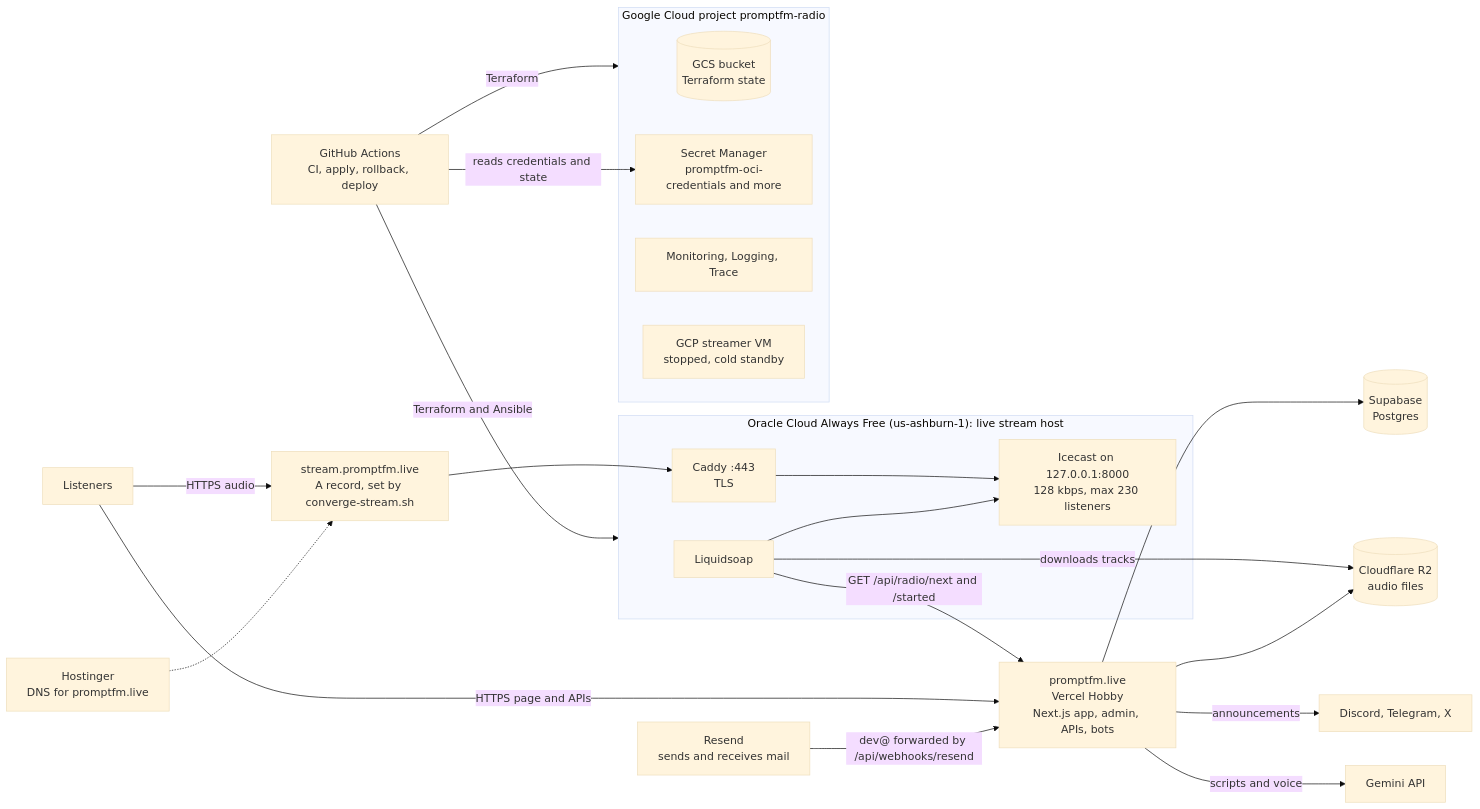
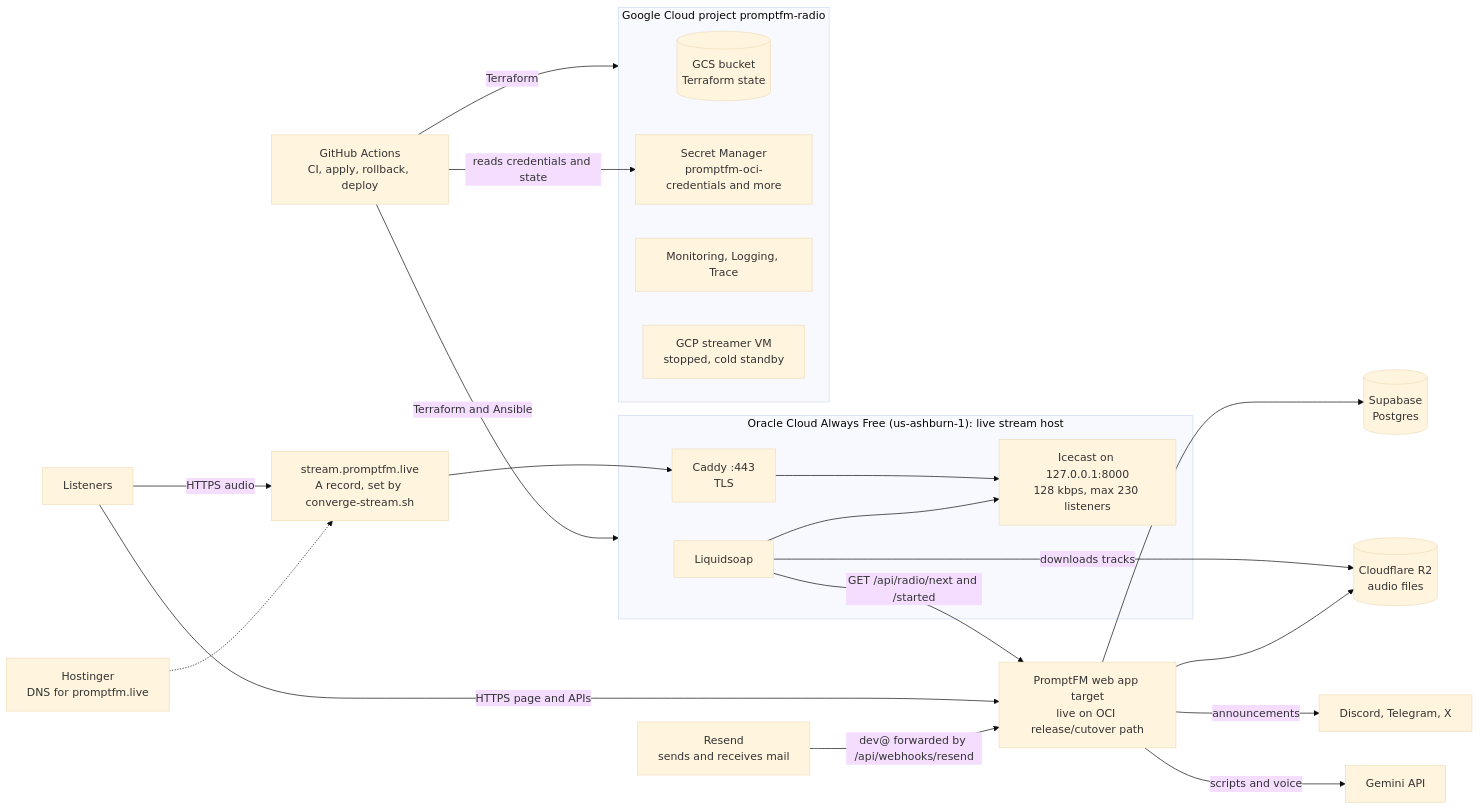
One commit to PromptFM/promptfm changed the first of 2 diagrams in docs/infra-overview.md. Above: the diagram before and after it, drawn with Mermaid (base theme). The commit also changed other lines of this file and 57 other files, not shown here.

First line of the commit message:
feat(infra): add OCI web deploy, cutover, and rollback path (#201)

````diff
--- a/docs/infra-overview.md
+++ b/docs/infra-overview.md
@@ -12,31 +14,31 @@
 ```mermaid
 flowchart LR
-  L["Listeners"] -->|"HTTPS page and APIs"| V["promptfm.live<br/>Vercel Hobby<br/>Next.js app, admin, APIs, bots"]
+  L["Listeners"] -->|"HTTPS page and APIs"| V["PromptFM web app target<br/>live on OCI release/cutover path"]
   L -->|"HTTPS audio"| S["stream.promptfm.live<br/>A record, set by converge-stream.sh"]
 
   subgraph O["Oracle Cloud Always Free (us-ashburn-1): live stream host"]
     C["Caddy :443<br/>TLS"] --> I["Icecast on 127.0.0.1:8000<br/>128 kbps, max 230 listeners"]
     Q["Liquidsoap"] --> I
   end
   S --> C
   Q -->|"GET /api/radio/next and /started"| V
   Q -->|"downloads tracks"| R[("Cloudflare R2<br/>audio files")]
 
   V --> DB[("Supabase<br/>Postgres")]
   V --> R
   V -->|"announcements"| CH["Discord, Telegram, X"]
   V -->|"scripts and voice"| G["Gemini API"]
 
   subgraph GC["Google Cloud project promptfm-radio"]
     ST[("GCS bucket<br/>Terraform state")]
     SM["Secret Manager<br/>promptfm-oci-credentials and more"]
     MO["Monitoring, Logging, Trace"]
     VM["GCP streamer VM<br/>stopped, cold standby"]
   end
 
   GH["GitHub Actions<br/>CI, apply, rollback, deploy"] -->|"Terraform and Ansible"| O
   GH -->|"Terraform"| GC
   GH -->|"reads credentials and state"| SM
   HO["Hostinger<br/>DNS for promptfm.live"] -.-> S
   RS["Resend<br/>sends and receives mail"] -->|"dev@ forwarded by /api/webhooks/resend"| V
 ```
````
